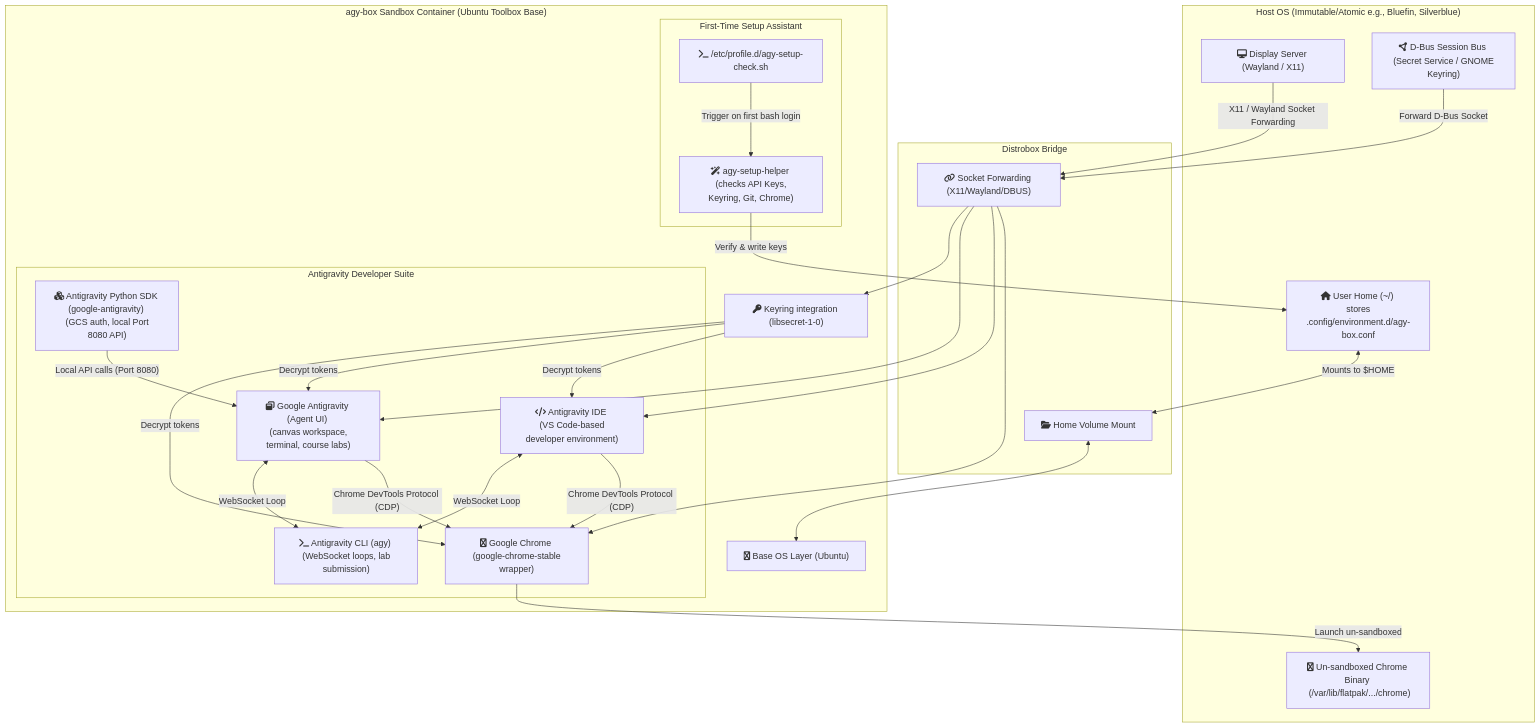
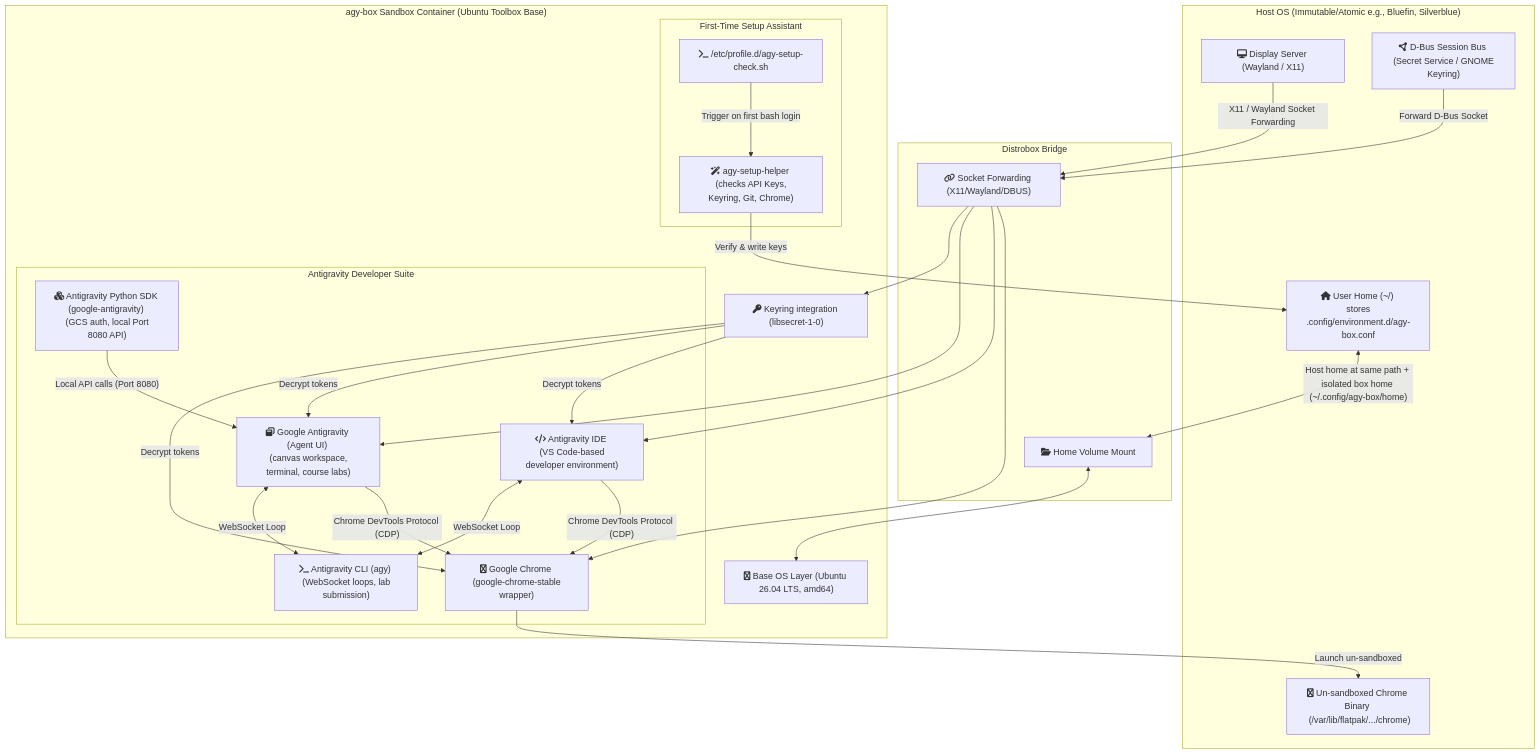
One commit to wtg-codes/agy-box changed the diagram in docs/diagrams/system-topology.mmd. Above: the diagram before and after it, drawn with Mermaid. The commit also changed 25 other files, not shown here.

```diff
--- a/docs/diagrams/system-topology.mmd
+++ b/docs/diagrams/system-topology.mmd
@@ -1,65 +1,65 @@
 graph TD
     subgraph Host ["Host OS (Immutable/Atomic e.g., Bluefin, Silverblue)"]
         UserHome["fa:fa-home User Home (~/) <br> stores .config/environment.d/agy-box.conf"]
         Display["fa:fa-desktop Display Server (Wayland / X11)"]
         DBus["fa:fa-circle-nodes D-Bus Session Bus <br> (Secret Service / GNOME Keyring)"]
         FlatpakChrome["fa:fa-chrome Un-sandboxed Chrome Binary <br> (/var/lib/flatpak/.../chrome)"]
     end
 
     subgraph Bridge ["Distrobox Bridge"]
         MountHome["fa:fa-folder-open Home Volume Mount"]
         ForwardSockets["fa:fa-link Socket Forwarding (X11/Wayland/DBUS)"]
     end
 
     subgraph Sandbox ["agy-box Sandbox Container (Ubuntu Toolbox Base)"]
-        BaseOS["fa:fa-linux Base OS Layer (Ubuntu)"]
+        BaseOS["fa:fa-linux Base OS Layer (Ubuntu 26.04 LTS, amd64)"]
         KeyringClient["fa:fa-key Keyring integration (libsecret-1-0)"]
         
         subgraph Setup ["First-Time Setup Assistant"]
             SetupHelper["fa:fa-wand-magic-sparkles agy-setup-helper <br> (checks API Keys, Keyring, Git, Chrome)"]
             ProfileHook["fa:fa-terminal /etc/profile.d/agy-setup-check.sh"]
         end
 
         subgraph Suite ["Antigravity Developer Suite"]
             AgentUI["fa:fa-window-restore Google Antigravity (Agent UI) <br> (canvas workspace, terminal, course labs)"]
             IDE["fa:fa-code Antigravity IDE <br> (VS Code-based developer environment)"]
             CLI["fa:fa-terminal Antigravity CLI (agy) <br> (WebSocket loops, lab submission)"]
             SDK["fa:fa-cubes Antigravity Python SDK (google-antigravity) <br> (GCS auth, local Port 8080 API)"]
             ChromeWrapper["fa:fa-chrome Google Chrome <br> (google-chrome-stable wrapper)"]
         end
     end
 
-    UserHome <-->|"Mounts to $HOME"| MountHome
+    UserHome <-->|"Host home at same path + isolated box home (~/.config/agy-box/home)"| MountHome
     MountHome <--> BaseOS
     
     DBus -->|"Forward D-Bus Socket"| ForwardSockets
     ForwardSockets --> KeyringClient
     KeyringClient -->|"Decrypt tokens"| ChromeWrapper
     KeyringClient -->|"Decrypt tokens"| AgentUI
     KeyringClient -->|"Decrypt tokens"| IDE
     
     Display -->|"X11 / Wayland Socket Forwarding"| ForwardSockets
     ForwardSockets --> AgentUI
     ForwardSockets --> IDE
     ForwardSockets --> ChromeWrapper
     
     AgentUI <-->|"WebSocket Loop"| CLI
     IDE <-->|"WebSocket Loop"| CLI
     SDK -->|"Local API calls (Port 8080)"| AgentUI
     AgentUI -->|"Chrome DevTools Protocol (CDP)"| ChromeWrapper
     IDE -->|"Chrome DevTools Protocol (CDP)"| ChromeWrapper
     ChromeWrapper -->|"Launch un-sandboxed"| FlatpakChrome
     
     ProfileHook -->|"Trigger on first bash login"| SetupHelper
     SetupHelper -->|"Verify & write keys"| UserHome
 
     %% Modern Theme Styling
     classDef host host;
     classDef bridge bridge;
     classDef sandbox sandbox;
     classDef setup setup;
 
     class UserHome,Display,DBus,FlatpakChrome host;
     class MountHome,ForwardSockets bridge;
     class BaseOS,KeyringClient,IDE,CLI,SDK,ChromeWrapper,AgentUI sandbox;
     class SetupHelper,ProfileHook setup;
```
